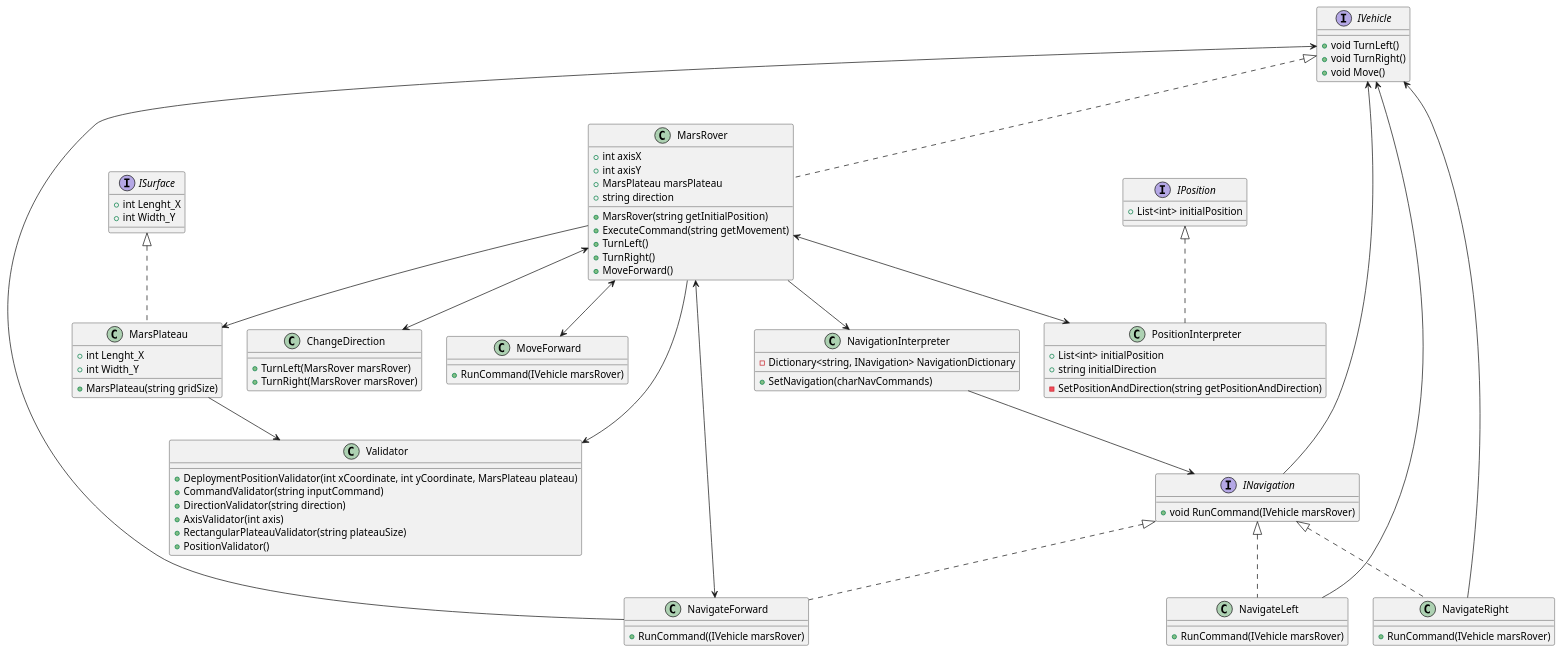
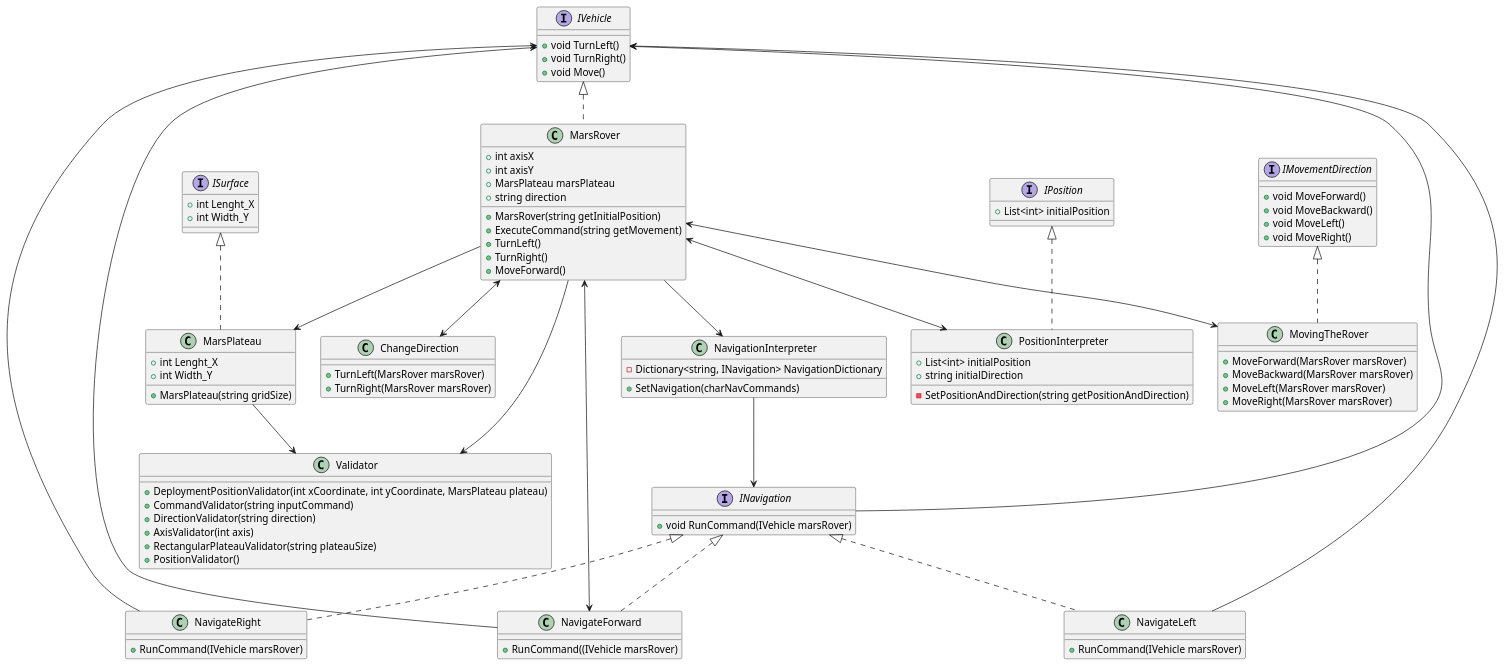
The diagram in Mars-Rover-Project/UML-Diagram/MarsRover.puml (vahidkianfar/Mars-Rover-Project), drawn with PlantUML before and after one commit. The commit also changed 8 other files, not shown here.

Commit message:
Added "IMovementDirection" Interface, Updated UML-Diagram.

```diff
--- a/Mars-Rover-Project/UML-Diagram/MarsRover.puml
+++ b/Mars-Rover-Project/UML-Diagram/MarsRover.puml
@@ -1,106 +1,117 @@
 @startuml "MarsRover-Kata-UML.png"
 
 interface IVehicle
 {
 + void TurnLeft()
 + void TurnRight()
 + void Move()
 }
 
 interface ISurface
 {
 + int Lenght_X
 + int Width_Y
 }
 
 interface IPosition
 {
 + List<int> initialPosition
 }
 
 interface INavigation
 {
 + void RunCommand(IVehicle marsRover)
+}
+
+interface IMovementDirection
+{
++ void MoveForward()
++ void MoveBackward()
++ void MoveLeft()
++ void MoveRight()
 }
 
 class MarsRover implements IVehicle
 {
 + int axisX
 + int axisY
 + MarsPlateau marsPlateau
 + string direction
 + MarsRover(string getInitialPosition)
 + ExecuteCommand(string getMovement)
 + TurnLeft()
 + TurnRight()
 + MoveForward()
 }
 class MarsPlateau implements ISurface
 {
 + int Lenght_X
 + int Width_Y
 + MarsPlateau(string gridSize)
 }
 class NavigateLeft implements INavigation
 {
 + RunCommand(IVehicle marsRover)
 }
 
 class NavigateRight implements INavigation
 {
 + RunCommand(IVehicle marsRover)
 }
 class PositionInterpreter implements IPosition
 {
 + List<int> initialPosition
 + string initialDirection
 - SetPositionAndDirection(string getPositionAndDirection)
 }
 class NavigateForward implements INavigation
 {
 + RunCommand((IVehicle marsRover)
 }
 class NavigationInterpreter
 {
 - Dictionary<string, INavigation> NavigationDictionary
 + SetNavigation(charNavCommands)
 }
 class ChangeDirection
 {
 + TurnLeft(MarsRover marsRover)
 + TurnRight(MarsRover marsRover)
 }
 
-class MoveForward
+class MovingTheRover implements IMovementDirection
 {
-+ RunCommand(IVehicle marsRover)
++ MoveForward(MarsRover marsRover)
++ MoveBackward(MarsRover marsRover)
++ MoveLeft(MarsRover marsRover)
++ MoveRight(MarsRover marsRover)
 }
 class Validator
 {
 + DeploymentPositionValidator(int xCoordinate, int yCoordinate, MarsPlateau plateau)
 + CommandValidator(string inputCommand)
 + DirectionValidator(string direction)
 + AxisValidator(int axis)
 + RectangularPlateauValidator(string plateauSize)
 + PositionValidator()
 }
 INavigation --> IVehicle
 MarsRover <--> ChangeDirection
-MarsRover <--> MoveForward
+MarsRover <--> MovingTheRover
 MarsRover <--> NavigateForward
 MarsRover <--> PositionInterpreter
 MarsRover --> MarsPlateau
 MarsRover --> NavigationInterpreter
 MarsRover --> Validator
 
 
 NavigateLeft --> IVehicle
 NavigateRight --> IVehicle
 NavigateForward --> IVehicle
 
 NavigationInterpreter --> INavigation
 
 MarsPlateau --> Validator
 
 
 @enduml
```
